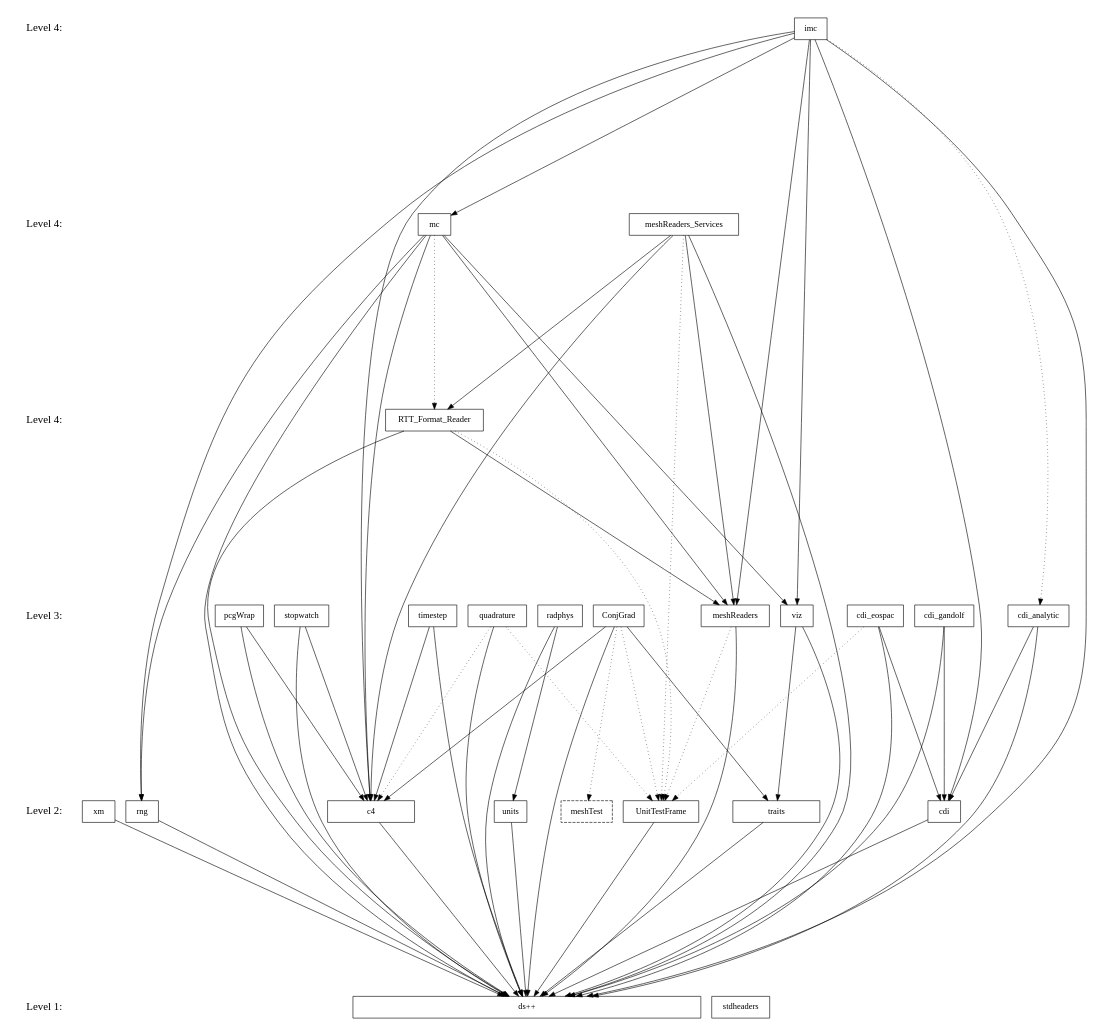
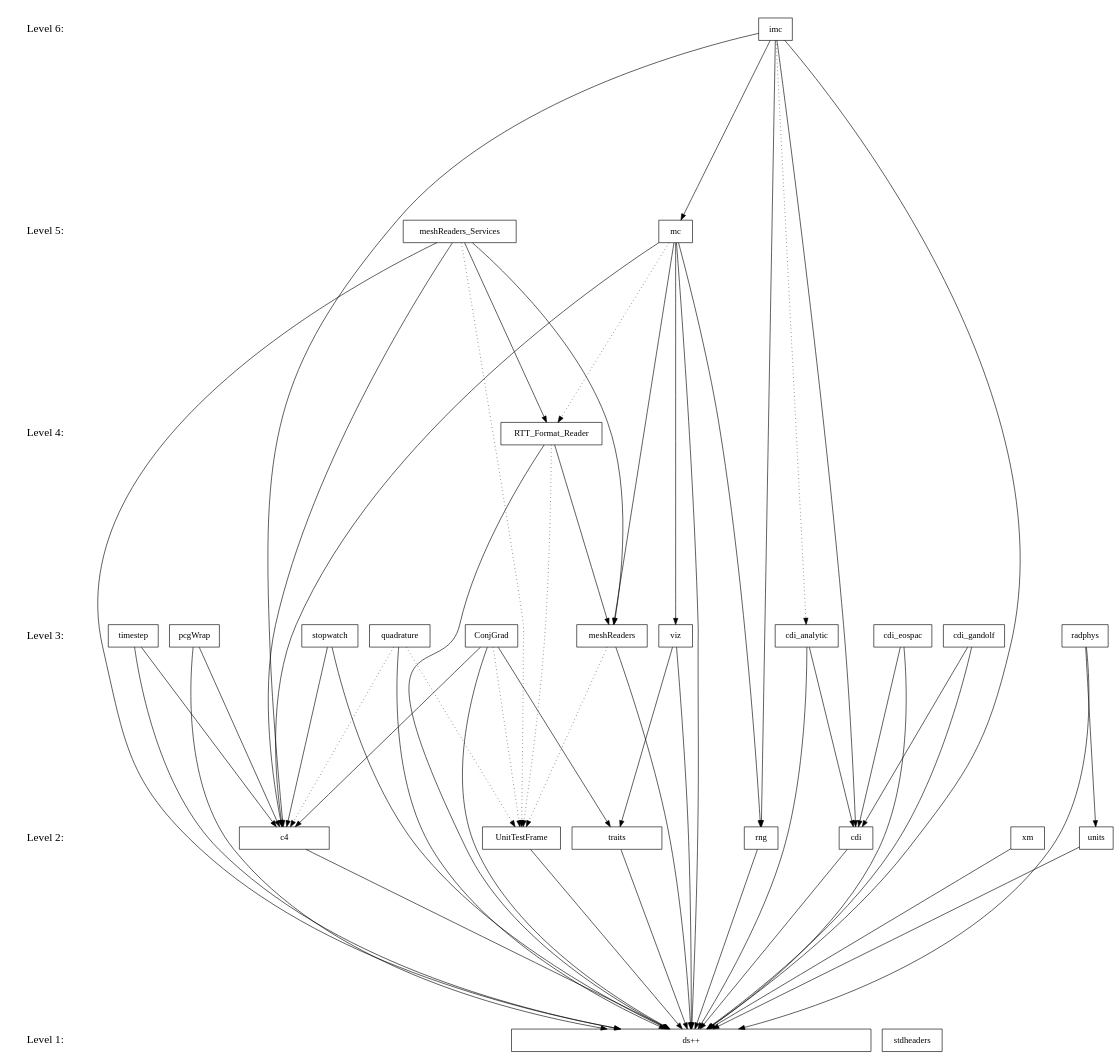
The diagram in doc/design/level.dot (losalamos/Draco), drawn with Graphviz before and after one commit. The commit also changed 1 other file, not shown here.

Commit message:
Updated draco levelization diagram.

```diff
--- a/doc/design/level.dot
+++ b/doc/design/level.dot
@@ -1,107 +1,103 @@
 digraph draco_level {
     /* graph attributes */
     center=1;
     size="7.5,10";
     ranksep=4;
     
     /* levels */
     level1 [shape=plaintext, label="Level 1:", fontsize=18];
     level2 [shape=plaintext, label="Level 2:", fontsize=18];
     level3 [shape=plaintext, label="Level 3:", fontsize=18];
     level4 [shape=plaintext, label="Level 4:", fontsize=18];
-    level5 [shape=plaintext, label="Level 4:", fontsize=18];
-    level6 [shape=plaintext, label="Level 4:", fontsize=18];
+    level5 [shape=plaintext, label="Level 5:", fontsize=18];
+    level6 [shape=plaintext, label="Level 6:", fontsize=18];
     
     level6 -> level5 -> level4 -> level3 -> level2 -> level1 [style=invis];
     
     /* packages */
     
     /* level 1 */
     dsxx [shape=box, label="ds++", width=8];
     stdheaders [shape=box, label="stdheaders"];
     
     /* level 2 */
     traits [shape=box, label="traits" width=2];
     xm [shape=box, label="xm"];
     c4 [shape=box, label="c4", width=2];
     rng [shape=box, label="rng"];
     units [shape=box, label="units"];
     frame [shape=box, label="UnitTestFrame"];
     cdi [shape=box, label="cdi"];
-    
-    meshtest [shape=box, label="meshTest", style=dashed];
     
     /* level 3 */
     viz [shape=box, label="viz"];
     radphys [shape=box, label="radphys"];
     timestep [shape=box, label="timestep"];
     quad [shape=box, label="quadrature"];
     meshread [shape=box, label="meshReaders"];
     cdianal [shape=box, label="cdi_analytic"];
     cdieos [shape=box, label="cdi_eospac"];
     cdigan [shape=box, label="cdi_gandolf"];
     conjgrad [shape=box, label="ConjGrad"];
     pcg [shape=box, label="pcgWrap"];
     stop [shape=box, label="stopwatch"];
     
     /* level 4 */
     rttread [shape=box, label="RTT_Format_Reader"];
 
     /* level 5 */
     mc [shape=box, label="mc"];
     meshservice [shape=box, label="meshReaders_Services"];
 
     /* level 6 */
     imc [shape=box, label="imc"];
     
     /* dependencies */
     {rank=same; level1 stdheaders dsxx};
     {rank=same; level2 traits xm c4 rng units frame cdi};
     {rank=same; level3 viz radphys timestep quad meshread cdianal cdieos cdigan conjgrad pcg stop};
     {rank=same; level4 rttread};
     {rank=same; level5 mc meshservice};
     {rank=same; level6 imc};
     
     /* draco packages */
     
     /* level 2 */
     xm          -> {dsxx};
     units       -> {dsxx};
     traits      -> {dsxx};
     c4          -> {dsxx};
     frame       -> {dsxx};
     rng         -> {dsxx};
     cdi         -> {dsxx};
     
-    
     /* level 3 */
     viz         -> {traits dsxx};
     timestep    -> {c4 dsxx};
     stop        -> {c4 dsxx};
     radphys     -> {units dsxx};
     pcg         -> {c4 dsxx};
     cdianal     -> {cdi dsxx};
     meshread    -> {dsxx};
     meshread    -> {frame} [style=dotted];
     cdieos      -> {cdi dsxx};
-    cdieos      -> {frame} [style=dotted];
     cdigan      -> {cdi dsxx};
     conjgrad    -> {traits c4 dsxx};
-    conjgrad    -> {frame meshtest} [style=dotted];
+    conjgrad    -> {frame} [style=dotted];
     quad        -> {dsxx};
     quad        -> {c4 frame} [style=dotted];
 
     /* level 4 */
     rttread     -> {meshread dsxx};
     rttread     -> {frame} [style=dotted];
 
     /* level 5 */
     mc          -> {viz meshread rng c4 dsxx};
     mc          -> {rttread} [style=dotted];
     meshservice -> {rttread meshread c4 dsxx};
     meshservice -> {frame} [style=dotted];
 
     /* level 6 */
-    imc         -> {mc viz meshread cdi rng c4 dsxx};
+    imc         -> {mc cdi rng c4 dsxx};
     imc         -> {cdianal} [style=dotted];
 }
```
